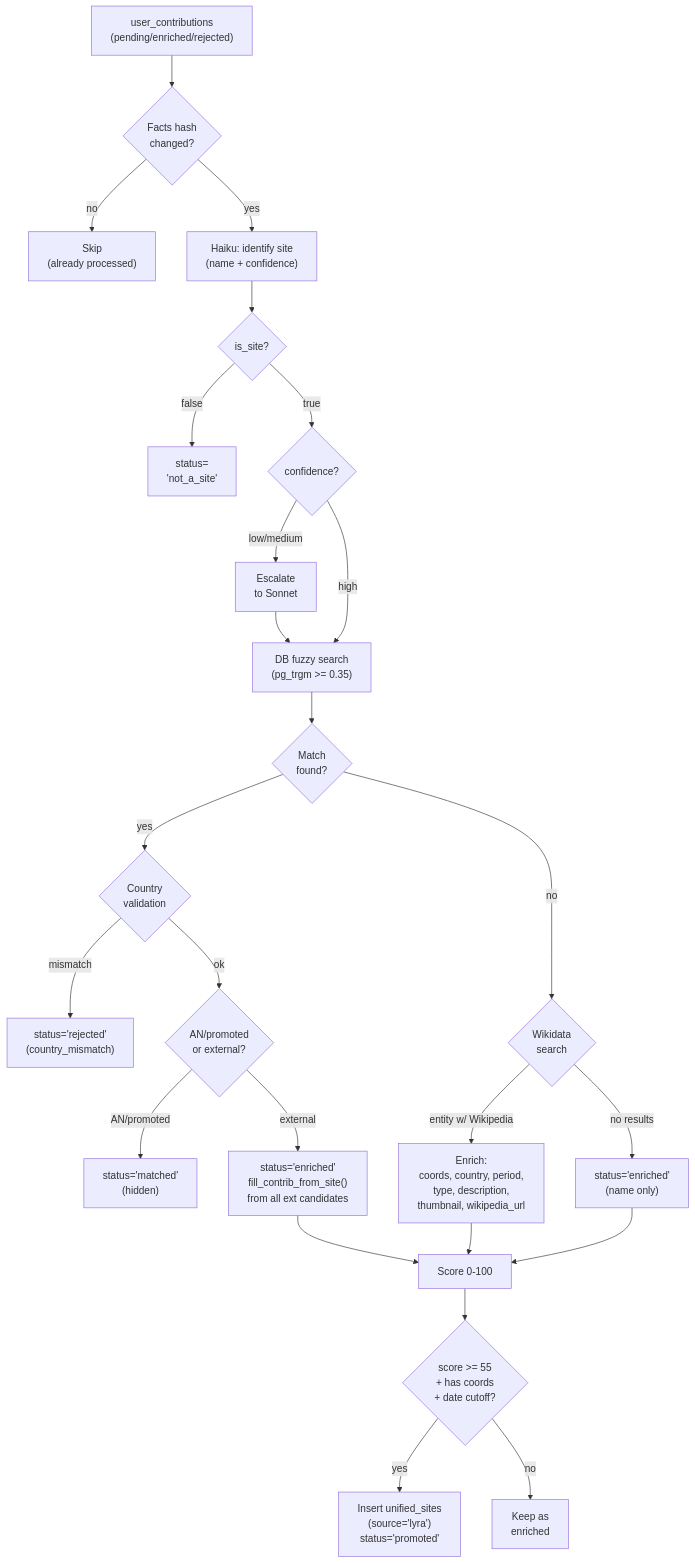
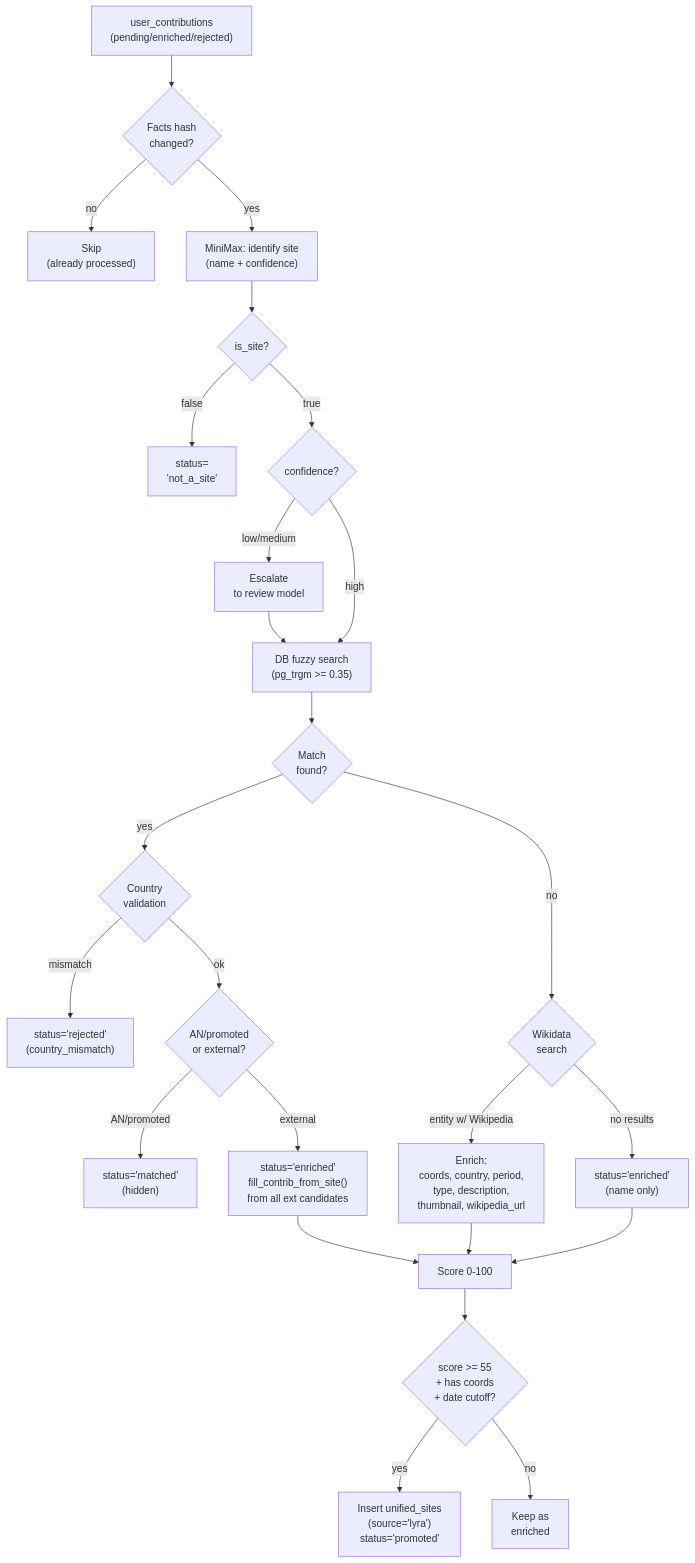
The fourth of 6 diagrams in docs/lyra-pipeline.md (ancientnerds/AncientMap), drawn with Mermaid before and after one commit. The commit also changed other lines of this file and 7 other files, not shown here.

First line of the commit message:
Update all docs for Claude → MiniMax M2.5 migration

````diff
--- a/docs/lyra-pipeline.md
+++ b/docs/lyra-pipeline.md
@@ -165,35 +165,35 @@
 ```mermaid
 flowchart TD
     START["user_contributions\n(pending/enriched/rejected)"] --> HASH{"Facts hash\nchanged?"}
     HASH -->|no| SKIP["Skip\n(already processed)"]
-    HASH -->|yes| AI["Haiku: identify site\n(name + confidence)"]
+    HASH -->|yes| AI["MiniMax: identify site\n(name + confidence)"]
 
     AI --> SITE{"is_site?"}
     SITE -->|false| NAS["status=\n'not_a_site'"]
     SITE -->|true| CONF{"confidence?"}
 
-    CONF -->|low/medium| SONNET["Escalate\nto Sonnet"]
+    CONF -->|low/medium| REVIEW["Escalate\nto review model"]
     CONF -->|high| DB
-    SONNET --> DB
+    REVIEW --> DB
 
     DB["DB fuzzy search\n(pg_trgm >= 0.35)"] --> DBMATCH{"Match\nfound?"}
 
     DBMATCH -->|yes| COUNTRY{"Country\nvalidation"}
     COUNTRY -->|mismatch| REJ["status='rejected'\n(country_mismatch)"]
     COUNTRY -->|ok| BRANCH{"AN/promoted\nor external?"}
 
     BRANCH -->|AN/promoted| MATCHED["status='matched'\n(hidden)"]
     BRANCH -->|external| EXT["status='enriched'\nfill_contrib_from_site()\nfrom all ext candidates"]
 
     DBMATCH -->|no| WD{"Wikidata\nsearch"}
     WD -->|entity w/ Wikipedia| ENRICH["Enrich:\ncoords, country, period,\ntype, description,\nthumbnail, wikipedia_url"]
     WD -->|no results| NEW["status='enriched'\n(name only)"]
 
     ENRICH --> SCORE["Score 0-100"]
     EXT --> SCORE
     NEW --> SCORE
 
     SCORE --> PROMOTE{"score >= 55\n+ has coords\n+ date cutoff?"}
     PROMOTE -->|yes| UNI["Insert unified_sites\n(source='lyra')\nstatus='promoted'"]
     PROMOTE -->|no| DONE["Keep as\nenriched"]
 ```
````
